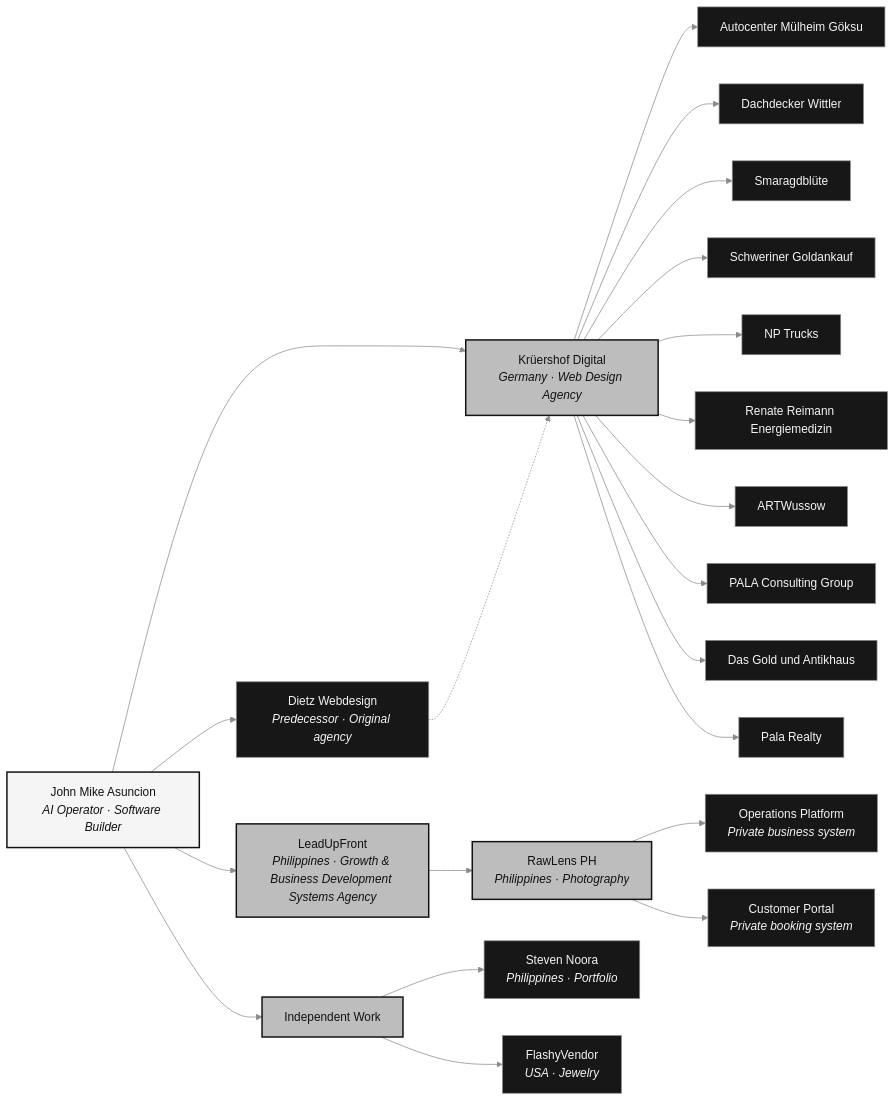
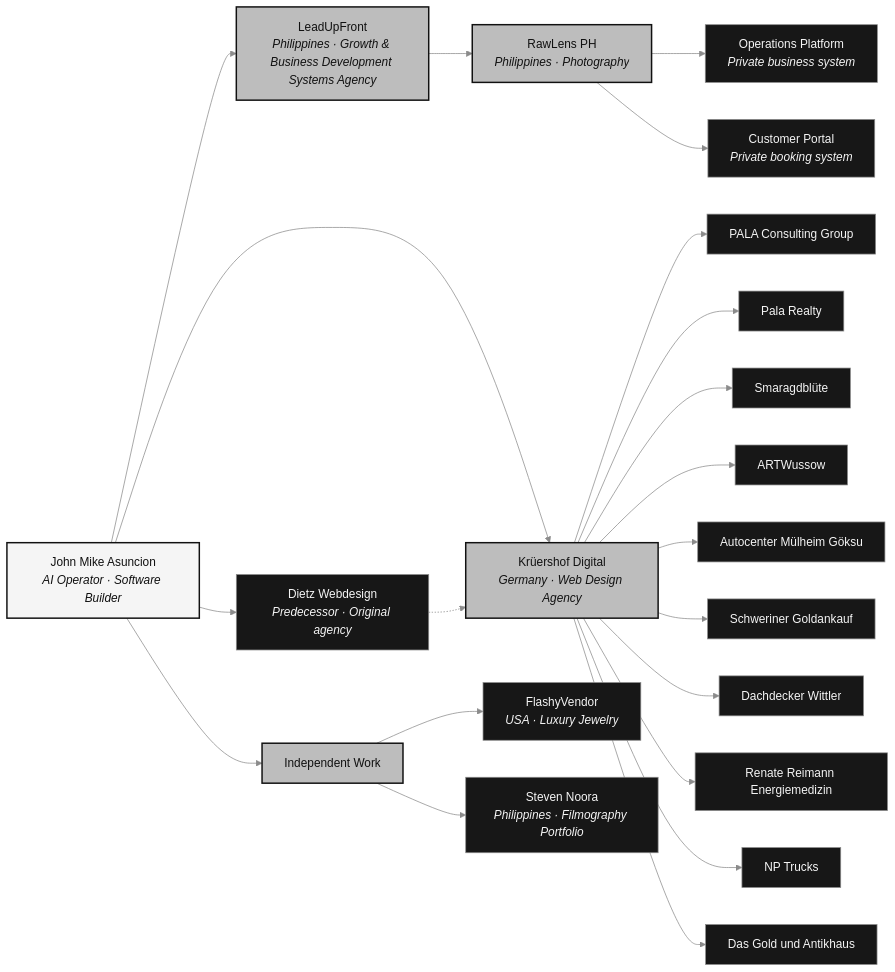
One commit to mikeascendx/mikeascendx changed the diagram in README.md. Above: the diagram before and after it, drawn with Mermaid (base theme). The commit also changed other lines of this file, not shown here.

````diff
--- a/README.md
+++ b/README.md
@@ -36,40 +36,41 @@
 ```mermaid
 flowchart LR
     john["John Mike Asuncion<br/><i>AI Operator · Software Builder</i>"]
+    leadupfront["LeadUpFront<br/><i>Philippines · Growth & Business Development Systems Agency</i>"]
+    rawlens["RawLens PH<br/><i>Philippines · Photography</i>"]
     kruershof["Krüershof Digital<br/><i>Germany · Web Design Agency</i>"]
-    leadupfront["LeadUpFront<br/><i>Philippines · Growth & Business Development Systems Agency</i>"]
     independent["Independent Work"]
-    rawlens["RawLens PH<br/><i>Philippines · Photography</i>"]
     dietz["Dietz Webdesign<br/><i>Predecessor · Original agency</i>"]
 
+    john --> leadupfront
+    leadupfront --> rawlens
+    rawlens --> operations["Operations Platform<br/><i>Private business system</i>"]
+    rawlens --> portal["Customer Portal<br/><i>Private booking system</i>"]
+
     john --> kruershof
-    john --> leadupfront
+    kruershof --> pala["PALA Consulting Group"]
+    kruershof --> realty["Pala Realty"]
+    kruershof --> smaragd["Smaragdblüte"]
+    kruershof --> artwussow["ARTWussow"]
+    kruershof --> autocenter["Autocenter Mülheim Göksu"]
+    kruershof --> schweriner["Schweriner Goldankauf"]
+    kruershof --> dachdecker["Dachdecker Wittler"]
+    kruershof --> renate["Renate Reimann Energiemedizin"]
+    kruershof --> nptrucks["NP Trucks"]
+    kruershof --> goldantik["Das Gold und Antikhaus"]
+
     john --> independent
+    independent --> flashy["FlashyVendor<br/><i>USA · Luxury Jewelry</i>"]
+    independent --> steven["Steven Noora<br/><i>Philippines · Filmography Portfolio</i>"]
+
     john --> dietz
     dietz -.-> kruershof
-
-    kruershof --> autocenter["Autocenter Mülheim Göksu"]
-    kruershof --> dachdecker["Dachdecker Wittler"]
-    kruershof --> smaragd["Smaragdblüte"]
-    kruershof --> schweriner["Schweriner Goldankauf"]
-    kruershof --> nptrucks["NP Trucks"]
-    kruershof --> renate["Renate Reimann Energiemedizin"]
-    kruershof --> artwussow["ARTWussow"]
-    kruershof --> pala["PALA Consulting Group"]
-    kruershof --> goldantik["Das Gold und Antikhaus"]
-    kruershof --> realty["Pala Realty"]
-
-    leadupfront --> rawlens
-    independent --> steven["Steven Noora<br/><i>Philippines · Portfolio</i>"]
-    independent --> flashy["FlashyVendor<br/><i>USA · Jewelry</i>"]
-    rawlens --> operations["Operations Platform<br/><i>Private business system</i>"]
-    rawlens --> portal["Customer Portal<br/><i>Private booking system</i>"]
 
     classDef root fill:#f5f5f5,stroke:#111111,color:#111111,stroke-width:2px
     classDef branch fill:#bdbdbd,stroke:#111111,color:#111111,stroke-width:2px
     classDef project fill:#171717,stroke:#8b8b8b,color:#f5f5f5
     class john root
     class kruershof,leadupfront,independent,rawlens branch
     class dietz,autocenter,dachdecker,smaragd,schweriner,nptrucks,renate,artwussow,pala,goldantik,realty,steven,flashy,operations,portal project
     linkStyle default stroke:#8b8b8b
 ```
````
